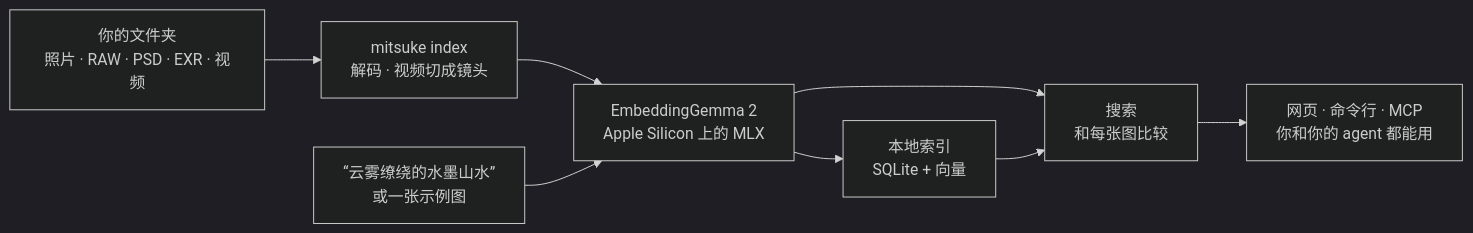
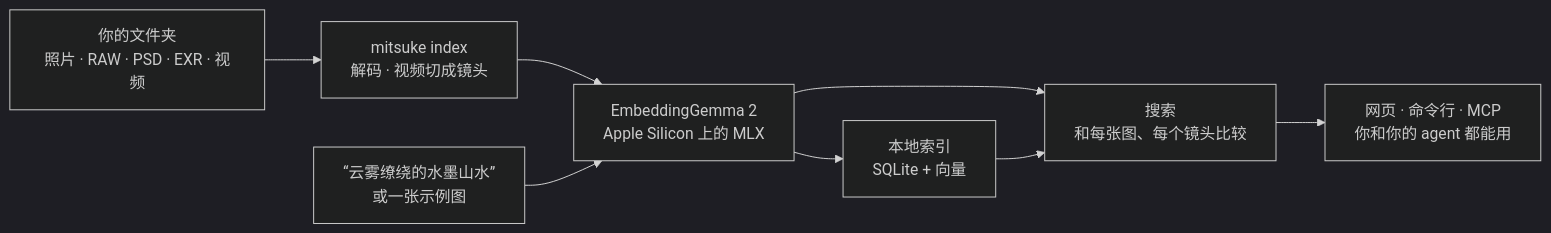
One commit to kanaworksai-hue/mitsuke changed the diagram in README.zh-CN.md. Above: the diagram before and after it, drawn with Mermaid (dark theme). The commit also changed other lines of this file and 10 other files, not shown here.

````diff
--- a/README.zh-CN.md
+++ b/README.zh-CN.md
@@ -48,10 +48,10 @@
 ```mermaid
 flowchart LR
     F["你的文件夹<br/>照片 · RAW · PSD · EXR · 视频"] --> I["mitsuke index<br/>解码 · 视频切成镜头"]
     I --> M["EmbeddingGemma 2<br/>Apple Silicon 上的 MLX"]
     M --> D["本地索引<br/>SQLite + 向量"]
     Q["“云雾缭绕的水墨山水”<br/>或一张示例图"] --> M
-    M --> S["搜索<br/>和每张图比较"]
+    M --> S["搜索<br/>和每张图、每个镜头比较"]
     D --> S
     S --> R["网页 · 命令行 · MCP<br/>你和你的 agent 都能用"]
 ```
````
